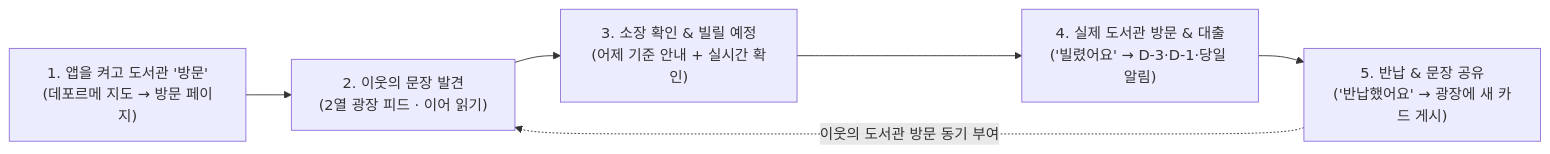
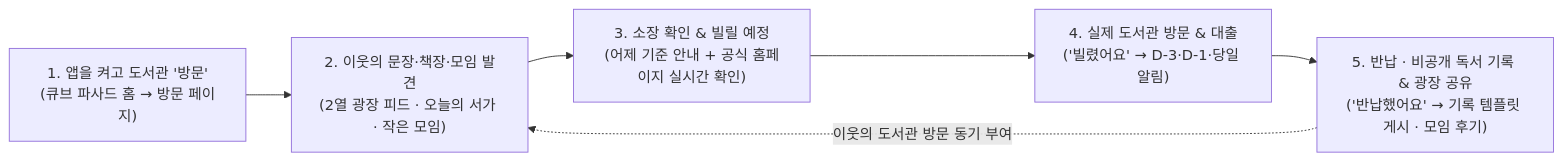
Before and after one commit to axteamc/localone: the diagram in README.md, drawn with Mermaid. The commit also changed other lines of this file and 7 other files, not shown here.

````diff
--- a/README.md
+++ b/README.md
@@ -57,8 +67,8 @@
 ```mermaid
 flowchart LR
-  A["1. 앱을 켜고 도서관 '방문'<br/>(데포르메 지도 → 방문 페이지)"] --> B["2. 이웃의 문장 발견<br/>(2열 광장 피드 · 이어 읽기)"]
-  B --> C["3. 소장 확인 & 빌릴 예정<br/>(어제 기준 안내 + 실시간 확인)"]
+  A["1. 앱을 켜고 도서관 '방문'<br/>(큐브 파사드 홈 → 방문 페이지)"] --> B["2. 이웃의 문장·책장·모임 발견<br/>(2열 광장 피드 · 오늘의 서가 · 작은 모임)"]
+  B --> C["3. 소장 확인 & 빌릴 예정<br/>(어제 기준 안내 + 공식 홈페이지 실시간 확인)"]
   C --> D["4. 실제 도서관 방문 & 대출<br/>('빌렸어요' → D-3·D-1·당일 알림)"]
-  D --> E["5. 반납 & 문장 공유<br/>('반납했어요' → 광장에 새 카드 게시)"]
+  D --> E["5. 반납 · 비공개 독서 기록 & 광장 공유<br/>('반납했어요' → 기록 템플릿 게시 · 모임 후기)"]
   E -. "이웃의 도서관 방문 동기 부여" .-> B
 ```
````
